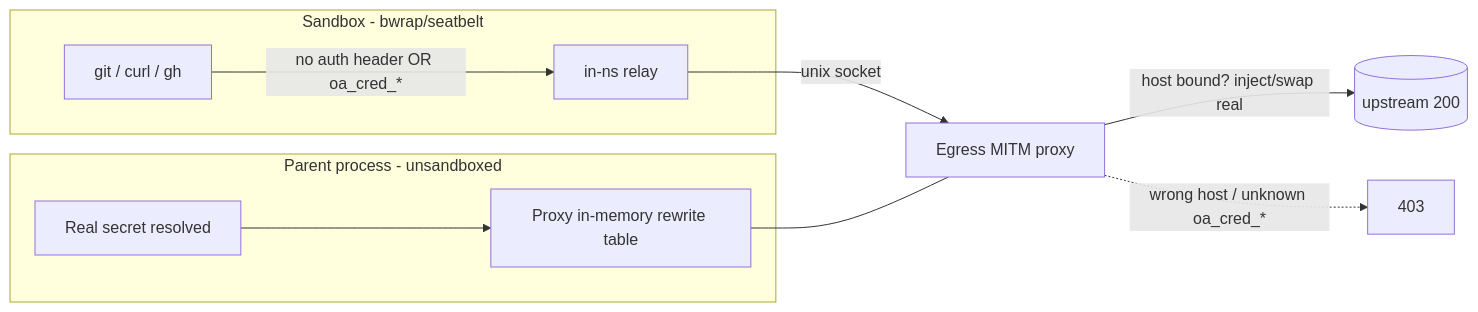
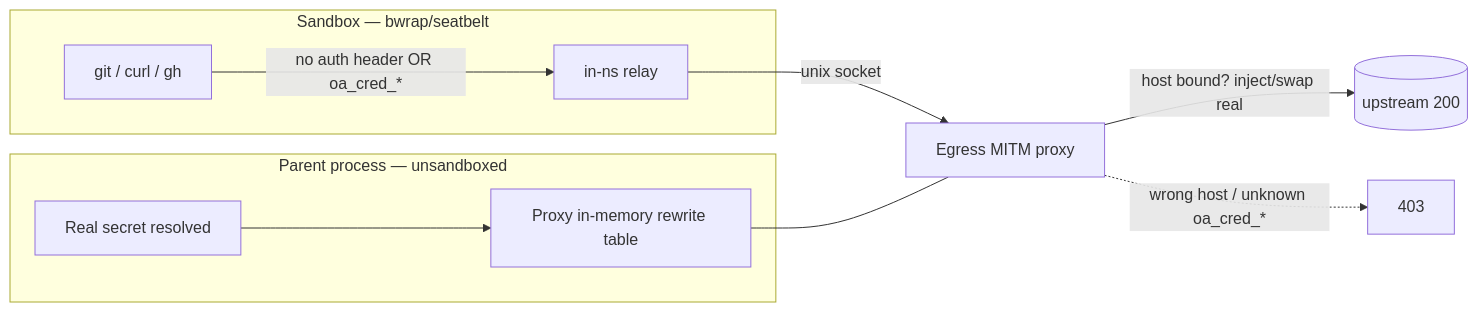
One commit to omnigent-ai/omnigent changed the second of 2 diagrams in designs/master-arch/architecture/tools-omnibox.md. Above: the diagram before and after it, drawn with Mermaid. The commit also changed 10 other files, not shown here.

First line of the commit message:
docs(master-arch): navigable table of contents + fix all mermaid diagrams

````diff
--- a/designs/master-arch/architecture/tools-omnibox.md
+++ b/designs/master-arch/architecture/tools-omnibox.md
@@ -317,13 +317,13 @@
 ```mermaid
 flowchart LR
-  subgraph parent[Parent process - unsandboxed]
-    sec[Real secret resolved] --> tbl[Proxy in-memory rewrite table]
+  subgraph parent["Parent process — unsandboxed"]
+    sec["Real secret resolved"] --> tbl["Proxy in-memory rewrite table"]
   end
-  subgraph box[Sandbox - bwrap/seatbelt]
-    tool[git / curl / gh] -->|no auth header OR oa_cred_*| relay[in-ns relay]
+  subgraph box["Sandbox — bwrap/seatbelt"]
+    tool["git / curl / gh"] -->|"no auth header OR oa_cred_*"| relay["in-ns relay"]
   end
-  relay -->|unix socket| proxy[Egress MITM proxy]
-  proxy -->|host bound? inject/swap real| up[(upstream 200)]
-  proxy -.->|wrong host / unknown oa_cred_*| f403[403]
+  relay -->|"unix socket"| proxy["Egress MITM proxy"]
+  proxy -->|"host bound? inject/swap real"| up[("upstream 200")]
+  proxy -.->|"wrong host / unknown oa_cred_*"| f403["403"]
   tbl --- proxy
 ```
````
